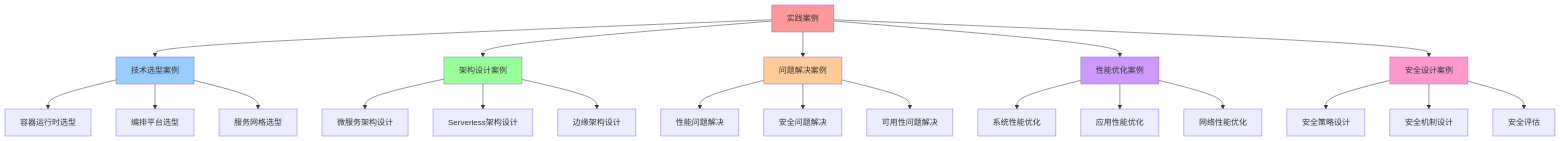
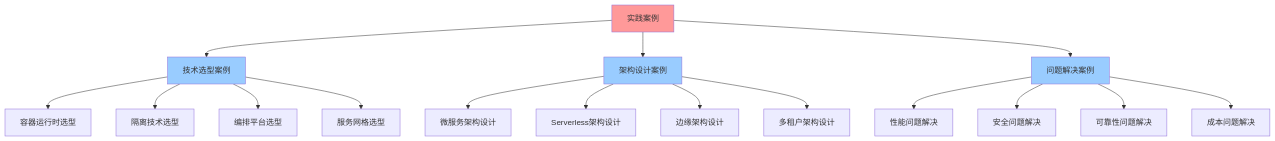
The diagram in docs/COGNITIVE/01-core-foundations/visualizations/16-practice-cases-detailed-guide.md (AdaMartin18010/wasmedge_k3s), drawn with Mermaid before and after one commit. The commit also changed other lines of this file and 254 other files, not shown here.

````diff
--- a/docs/COGNITIVE/01-core-foundations/visualizations/16-practice-cases-detailed-guide.md
+++ b/docs/COGNITIVE/01-core-foundations/visualizations/16-practice-cases-detailed-guide.md
@@ -16,35 +44,26 @@
 ```mermaid
 graph TB
     A[实践案例] --> B[技术选型案例]
     A --> C[架构设计案例]
     A --> D[问题解决案例]
-    A --> E[性能优化案例]
-    A --> F[安全设计案例]
 
     B --> B1[容器运行时选型]
-    B --> B2[编排平台选型]
-    B --> B3[服务网格选型]
+    B --> B2[隔离技术选型]
+    B --> B3[编排平台选型]
+    B --> B4[服务网格选型]
 
     C --> C1[微服务架构设计]
     C --> C2[Serverless架构设计]
     C --> C3[边缘架构设计]
+    C --> C4[多租户架构设计]
 
     D --> D1[性能问题解决]
     D --> D2[安全问题解决]
-    D --> D3[可用性问题解决]
-
-    E --> E1[系统性能优化]
-    E --> E2[应用性能优化]
-    E --> E3[网络性能优化]
-
-    F --> F1[安全策略设计]
-    F --> F2[安全机制设计]
-    F --> F3[安全评估]
+    D --> D3[可靠性问题解决]
+    D --> D4[成本问题解决]
 
     style A fill:#ff9999
     style B fill:#99ccff
-    style C fill:#99ff99
-    style D fill:#ffcc99
-    style E fill:#cc99ff
-    style F fill:#ff99cc
+    style C fill:#99ccff
+    style D fill:#99ccff
 ```
````
